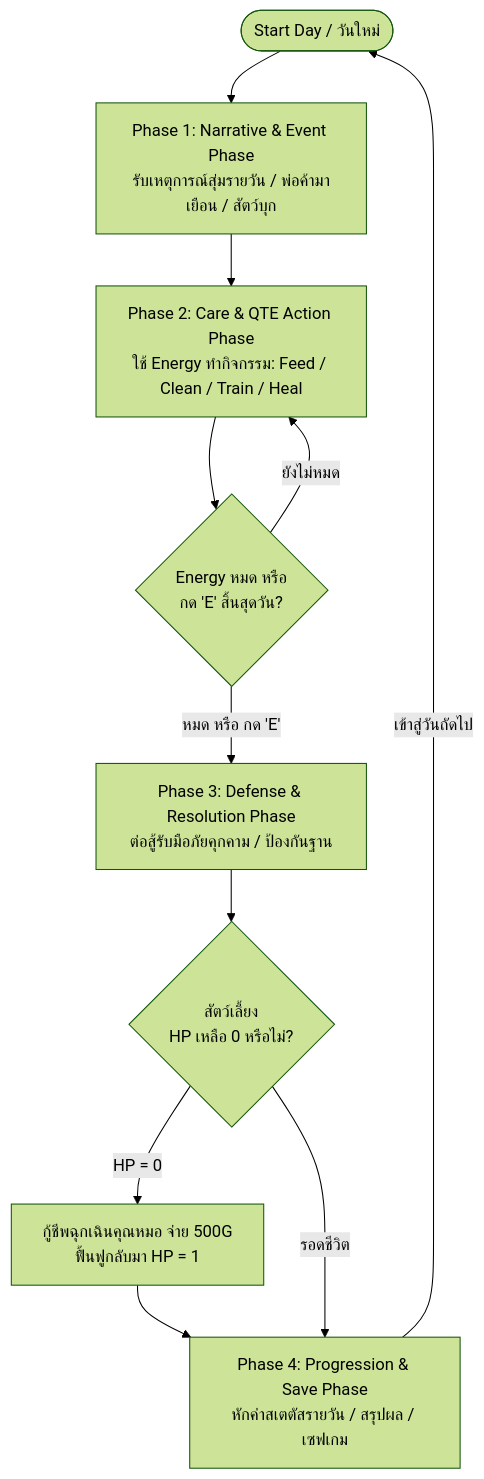
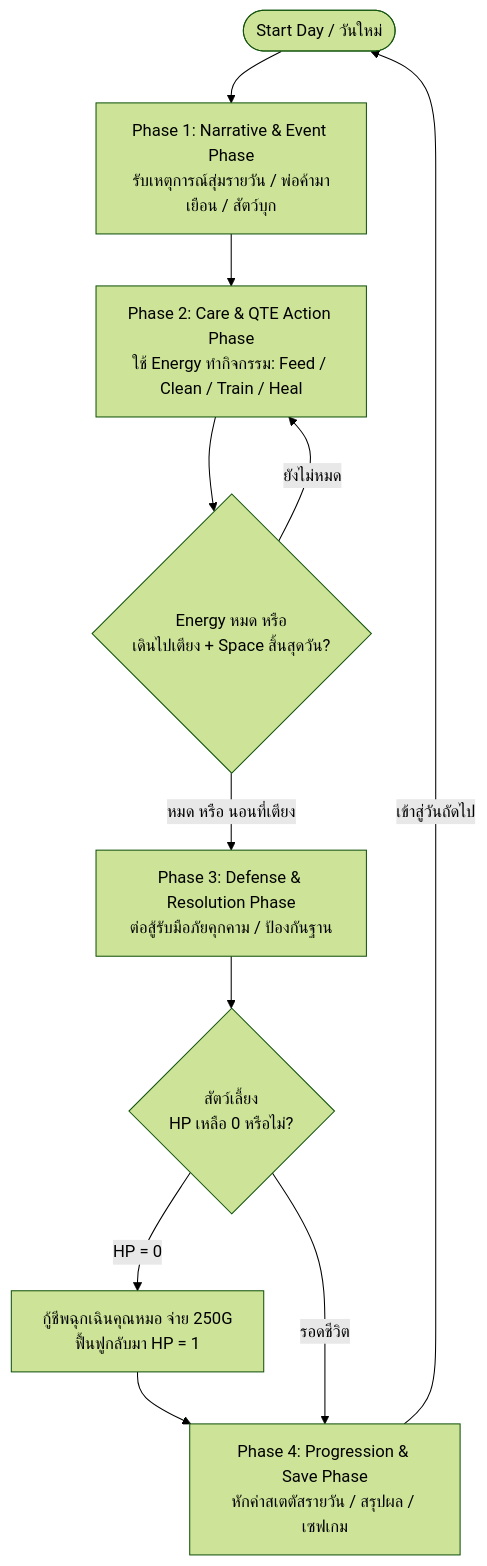
One commit to SShoww/CoProjectBepal changed the first of 2 diagrams in BEPAL/Docs/GDD/01-core-loop.md. Above: the diagram before and after it, drawn with Mermaid (forest theme). The commit also changed other lines of this file and 19 other files, not shown here.

````diff
--- a/BEPAL/Docs/GDD/01-core-loop.md
+++ b/BEPAL/Docs/GDD/01-core-loop.md
@@ -13,17 +15,17 @@
 ```mermaid
 flowchart TD
     Start([Start Day / วันใหม่]) --> Phase1[Phase 1: Narrative & Event Phase<br>รับเหตุการณ์สุ่มรายวัน / พ่อค้ามาเยือน / สัตว์บุก]
     
     Phase1 --> Phase2[Phase 2: Care & QTE Action Phase<br>ใช้ Energy ทำกิจกรรม: Feed / Clean / Train / Heal]
     
-    Phase2 --> CheckEnergy{Energy หมด หรือ<br>กด 'E' สิ้นสุดวัน?}
+    Phase2 --> CheckEnergy{Energy หมด หรือ<br>เดินไปเตียง + Space สิ้นสุดวัน?}
     CheckEnergy -->|ยังไม่หมด| Phase2
-    CheckEnergy -->|หมด หรือ กด 'E'| Phase3[Phase 3: Defense & Resolution Phase<br>ต่อสู้รับมือภัยคุกคาม / ป้องกันฐาน]
+    CheckEnergy -->|หมด หรือ นอนที่เตียง| Phase3[Phase 3: Defense & Resolution Phase<br>ต่อสู้รับมือภัยคุกคาม / ป้องกันฐาน]
     
     Phase3 --> CheckSurvive{สัตว์เลี้ยง<br>HP เหลือ 0 หรือไม่?}
-    CheckSurvive -->|HP = 0| RevivePrompt[กู้ชีพฉุกเฉินคุณหมอ จ่าย 500G<br>ฟื้นฟูกลับมา HP = 1]
+    CheckSurvive -->|HP = 0| RevivePrompt[กู้ชีพฉุกเฉินคุณหมอ จ่าย 250G<br>ฟื้นฟูกลับมา HP = 1]
     RevivePrompt --> Phase4
     CheckSurvive -->|รอดชีวิต| Phase4[Phase 4: Progression & Save Phase<br>หักค่าสเตตัสรายวัน / สรุปผล / เซฟเกม]
     
     Phase4 -->|เข้าสู่วันถัดไป| Start
 ```
````
